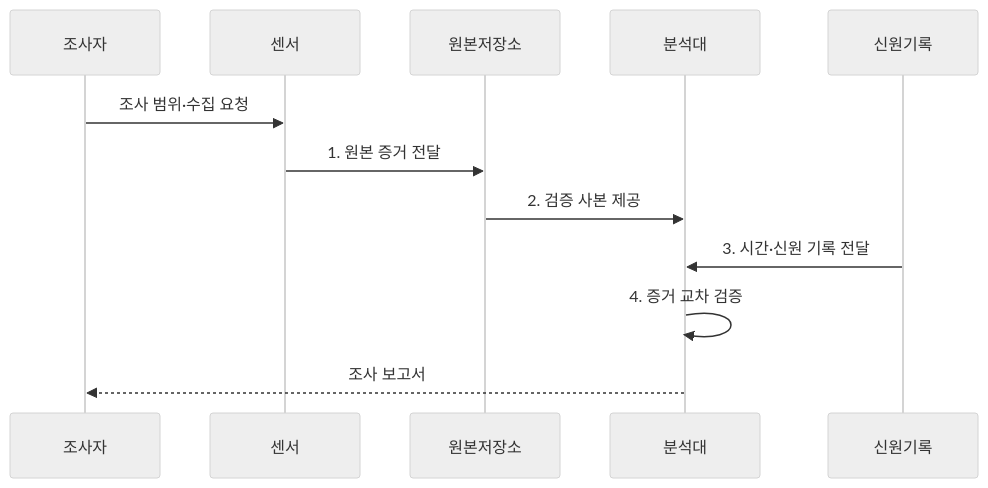
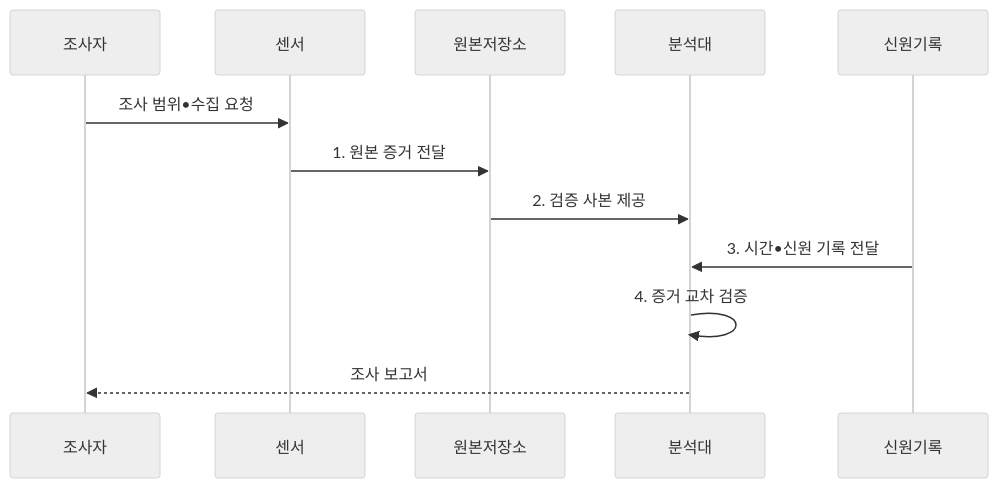
Before and after one commit to agnusdei1207/knowledge-base: the second of 2 diagrams in src/content/docs/notes/04-network/097_network_forensics.md, drawn with Mermaid (neutral theme). The commit also changed other lines of this file and 953 other files, not shown here.

````diff
--- a/src/content/docs/notes/04-network/097_network_forensics.md
+++ b/src/content/docs/notes/04-network/097_network_forensics.md
@@ -103,14 +103,14 @@
 ```mermaid
 sequenceDiagram
     participant 조사자
     participant 센서
     participant 원본저장소
     participant 분석대
     participant 신원기록
-    조사자->>센서: 조사 범위·수집 요청
+    조사자->>센서: 조사 범위•수집 요청
     센서->>원본저장소: 1. 원본 증거 전달
     원본저장소->>분석대: 2. 검증 사본 제공
-    신원기록->>분석대: 3. 시간·신원 기록 전달
+    신원기록->>분석대: 3. 시간•신원 기록 전달
     분석대->>분석대: 4. 증거 교차 검증
     분석대-->>조사자: 조사 보고서
 ```
````
